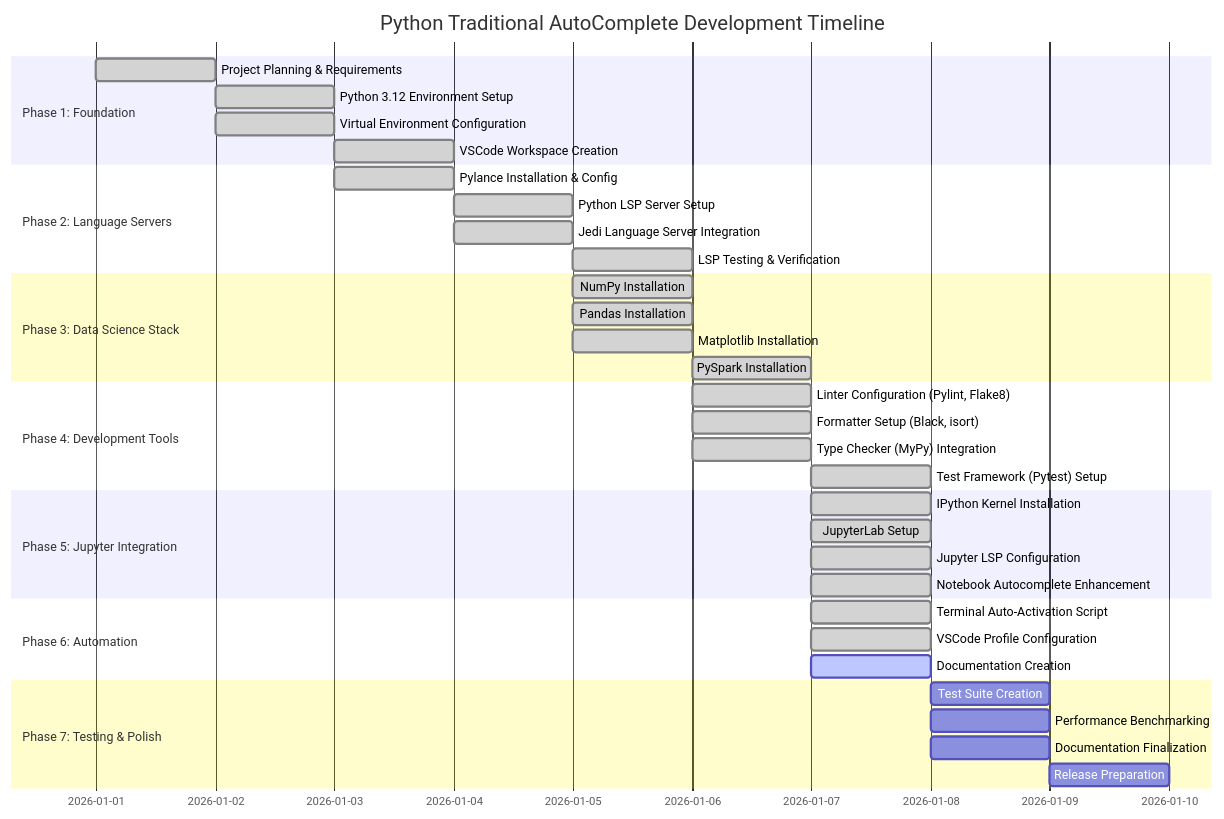
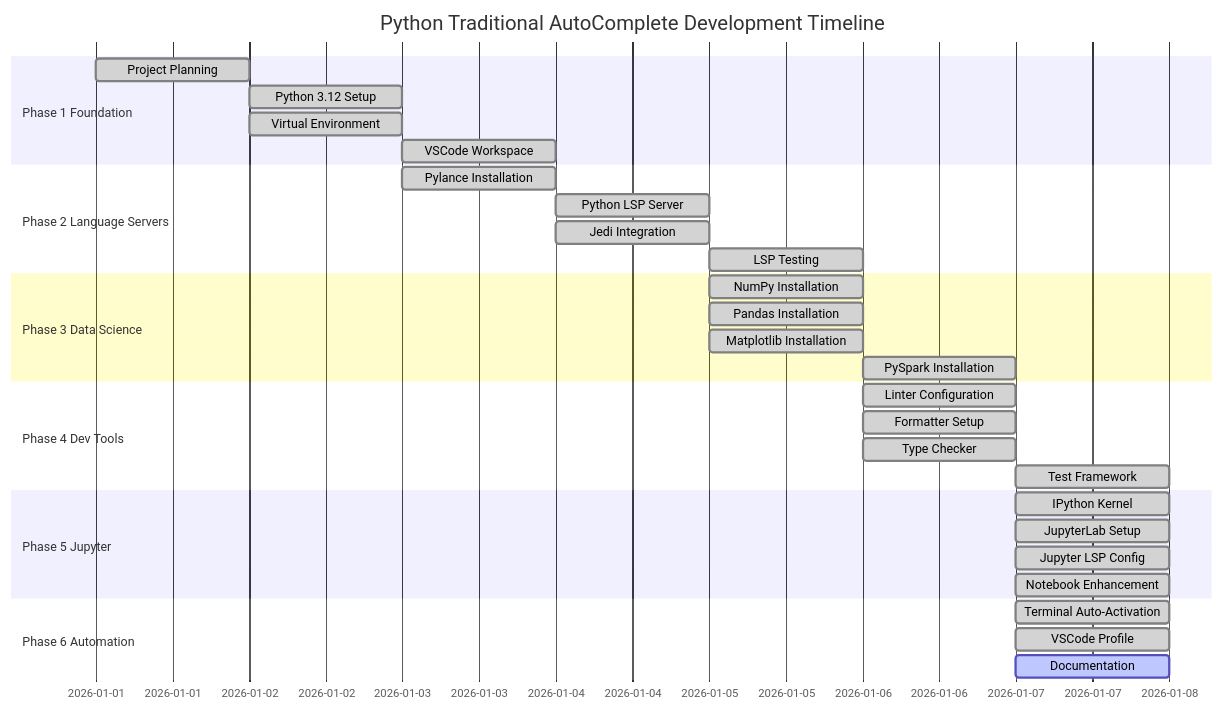
The sixth of 6 diagrams in README.md (hkevin01/python-traditional-autocomplete), drawn with Mermaid before and after one commit. The commit also changed other lines of this file and 10 other files, not shown here.

First line of the commit message:
Add comprehensive tests for linting, LSP tools, package imports, support libraries, and type checking

````diff
--- a/README.md
+++ b/README.md
@@ -1082,45 +1027,39 @@
 ```mermaid
 gantt
     title Python Traditional AutoComplete Development Timeline
     dateFormat YYYY-MM-DD
-    section Phase 1: Foundation
-    Project Planning & Requirements       :done, p1, 2026-01-01, 1d
-    Python 3.12 Environment Setup         :done, p2, 2026-01-02, 1d
-    Virtual Environment Configuration     :done, p3, 2026-01-02, 1d
-    VSCode Workspace Creation            :done, p4, 2026-01-03, 1d
+    section Phase 1 Foundation
+    Project Planning             :done, p1, 2026-01-01, 1d
+    Python 3.12 Setup            :done, p2, 2026-01-02, 1d
+    Virtual Environment          :done, p3, 2026-01-02, 1d
+    VSCode Workspace             :done, p4, 2026-01-03, 1d
     
-    section Phase 2: Language Servers
-    Pylance Installation & Config         :done, p5, 2026-01-03, 1d
-    Python LSP Server Setup              :done, p6, 2026-01-04, 1d
-    Jedi Language Server Integration     :done, p7, 2026-01-04, 1d
-    LSP Testing & Verification           :done, p8, 2026-01-05, 1d
+    section Phase 2 Language Servers
+    Pylance Installation         :done, p5, 2026-01-03, 1d
+    Python LSP Server            :done, p6, 2026-01-04, 1d
+    Jedi Integration             :done, p7, 2026-01-04, 1d
+    LSP Testing                  :done, p8, 2026-01-05, 1d
     
-    section Phase 3: Data Science Stack
-    NumPy Installation                   :done, p9, 2026-01-05, 1d
-    Pandas Installation                  :done, p10, 2026-01-05, 1d
-    Matplotlib Installation              :done, p11, 2026-01-05, 1d
-    PySpark Installation                 :done, p12, 2026-01-06, 1d
+    section Phase 3 Data Science
+    NumPy Installation           :done, p9, 2026-01-05, 1d
+    Pandas Installation          :done, p10, 2026-01-05, 1d
+    Matplotlib Installation      :done, p11, 2026-01-05, 1d
+    PySpark Installation         :done, p12, 2026-01-06, 1d
     
-    section Phase 4: Development Tools
-    Linter Configuration (Pylint, Flake8) :done, p13, 2026-01-06, 1d
-    Formatter Setup (Black, isort)       :done, p14, 2026-01-06, 1d
-    Type Checker (MyPy) Integration      :done, p15, 2026-01-06, 1d
-    Test Framework (Pytest) Setup        :done, p16, 2026-01-07, 1d
+    section Phase 4 Dev Tools
+    Linter Configuration         :done, p13, 2026-01-06, 1d
+    Formatter Setup              :done, p14, 2026-01-06, 1d
+    Type Checker                 :done, p15, 2026-01-06, 1d
+    Test Framework               :done, p16, 2026-01-07, 1d
     
-    section Phase 5: Jupyter Integration
-    IPython Kernel Installation          :done, p17, 2026-01-07, 1d
-    JupyterLab Setup                    :done, p18, 2026-01-07, 1d
-    Jupyter LSP Configuration           :done, p19, 2026-01-07, 1d
-    Notebook Autocomplete Enhancement    :done, p20, 2026-01-07, 1d
+    section Phase 5 Jupyter
+    IPython Kernel               :done, p17, 2026-01-07, 1d
+    JupyterLab Setup             :done, p18, 2026-01-07, 1d
+    Jupyter LSP Config           :done, p19, 2026-01-07, 1d
+    Notebook Enhancement         :done, p20, 2026-01-07, 1d
     
-    section Phase 6: Automation
-    Terminal Auto-Activation Script      :done, p21, 2026-01-07, 1d
-    VSCode Profile Configuration         :done, p22, 2026-01-07, 1d
-    Documentation Creation              :active, p23, 2026-01-07, 1d
-    
-    section Phase 7: Testing & Polish
-    Test Suite Creation                 :p24, 2026-01-08, 1d
-    Performance Benchmarking            :p25, 2026-01-08, 1d
-    Documentation Finalization          :p26, 2026-01-08, 1d
-    Release Preparation                 :p27, 2026-01-09, 1d
+    section Phase 6 Automation
+    Terminal Auto-Activation     :done, p21, 2026-01-07, 1d
+    VSCode Profile               :done, p22, 2026-01-07, 1d
+    Documentation                :active, p23, 2026-01-07, 1d
 ```
````
